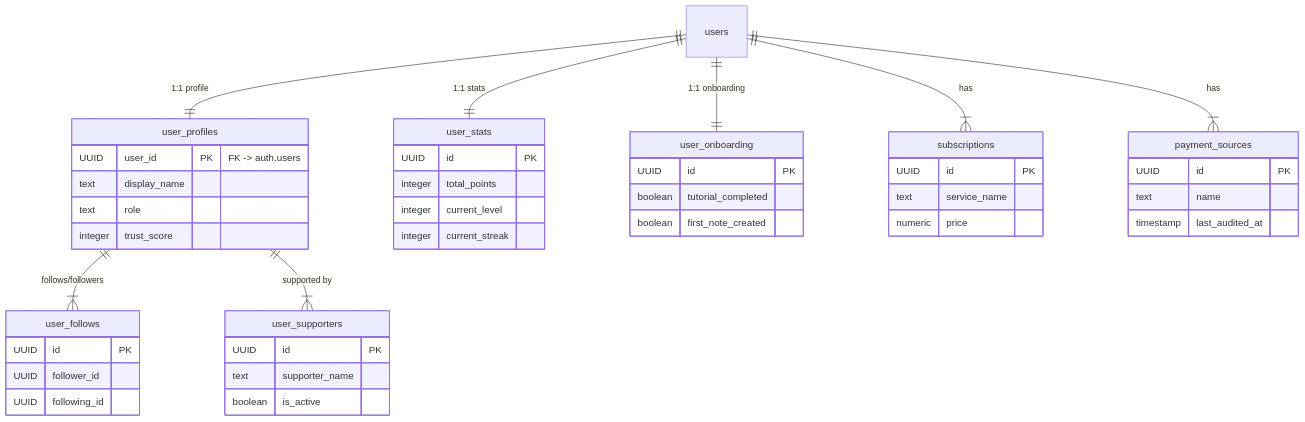
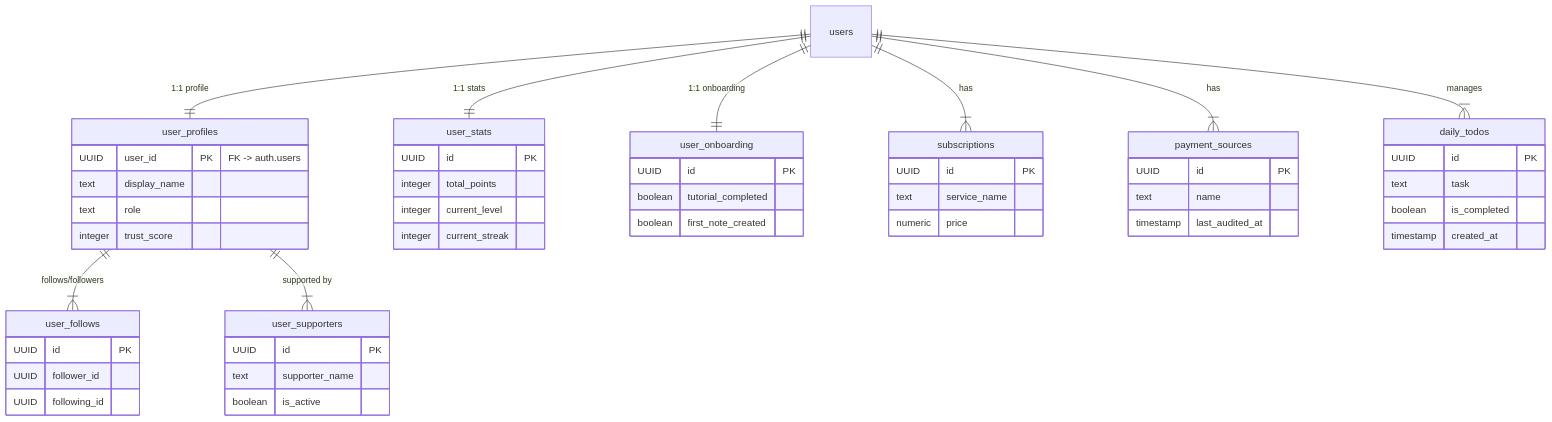
One commit to kanta13jp1/my_web_app changed the third of 7 diagrams in DETAILED_DESIGN.md. Above: the diagram before and after it, drawn with Mermaid. The commit also changed other lines of this file and 2 other files, not shown here.

Commit message:
feat: Implement daily TODO management in Morning Briefing page

````diff
--- a/DETAILED_DESIGN.md
+++ b/DETAILED_DESIGN.md
@@ -229,18 +236,20 @@
 ```mermaid
 erDiagram
     users ||--|| user_profiles : "1:1 profile"
     users ||--|| user_stats : "1:1 stats"
     users ||--|| user_onboarding : "1:1 onboarding"
     users ||--|{ subscriptions : "has"
     users ||--|{ payment_sources : "has"
     user_profiles ||--|{ user_follows : "follows/followers"
     user_profiles ||--|{ user_supporters : "supported by"
+    users ||--|{ daily_todos : "manages"
 
     user_profiles { UUID user_id PK "FK -> auth.users" text display_name text role integer trust_score }
     user_stats { UUID id PK integer total_points integer current_level integer current_streak }
     user_onboarding { UUID id PK boolean tutorial_completed boolean first_note_created }
     subscriptions { UUID id PK text service_name numeric price }
     payment_sources { UUID id PK text name timestamp last_audited_at }
     user_follows { UUID id PK UUID follower_id UUID following_id }
     user_supporters { UUID id PK text supporter_name boolean is_active }
+    daily_todos { UUID id PK text task boolean is_completed timestamp created_at }
 ```
````
